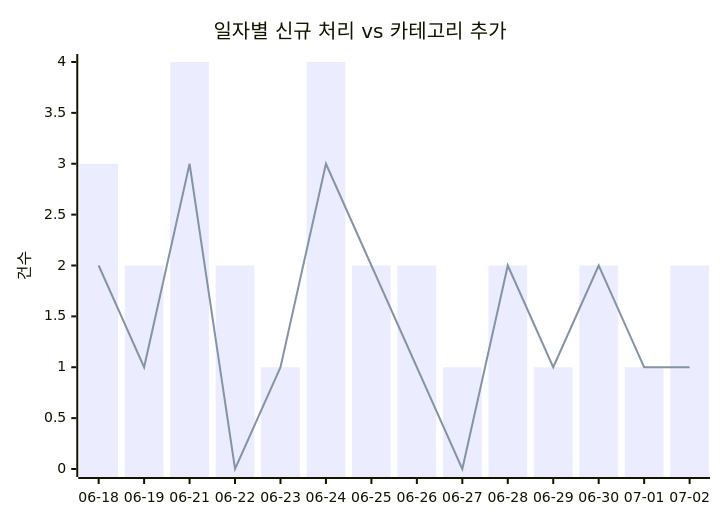
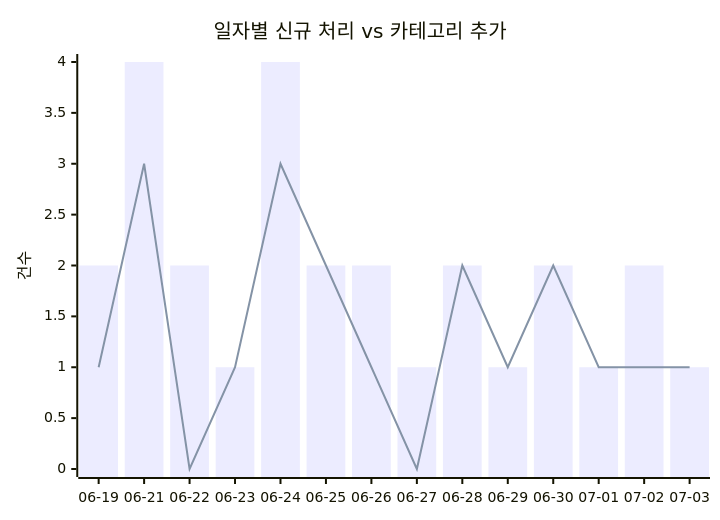
One commit to J-nowcow/awesome-korean-agent-skills changed the first of 2 diagrams in docs/trends.md. Above: the diagram before and after it, drawn with Mermaid. The commit also changed other lines of this file and 3 other files, not shown here.

````diff
--- a/docs/trends.md
+++ b/docs/trends.md
@@ -32,8 +32,8 @@
 ```mermaid
 xychart-beta
     title "일자별 신규 처리 vs 카테고리 추가"
-    x-axis ["06-18","06-19","06-21","06-22","06-23","06-24","06-25","06-26","06-27","06-28","06-29","06-30","07-01","07-02"]
+    x-axis ["06-19","06-21","06-22","06-23","06-24","06-25","06-26","06-27","06-28","06-29","06-30","07-01","07-02","07-03"]
     y-axis "건수"
-    bar [3,2,4,2,1,4,2,2,1,2,1,2,1,2]
-    line [2,1,3,0,1,3,2,1,0,2,1,2,1,1]
+    bar [2,4,2,1,4,2,2,1,2,1,2,1,2,1]
+    line [1,3,0,1,3,2,1,0,2,1,2,1,1,1]
 ```
````
